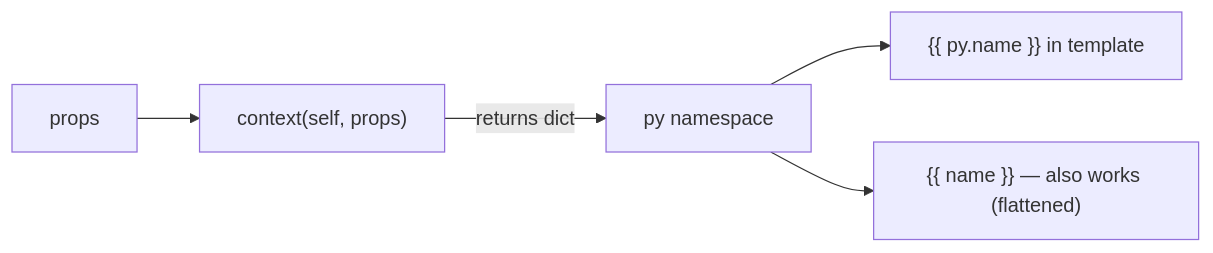
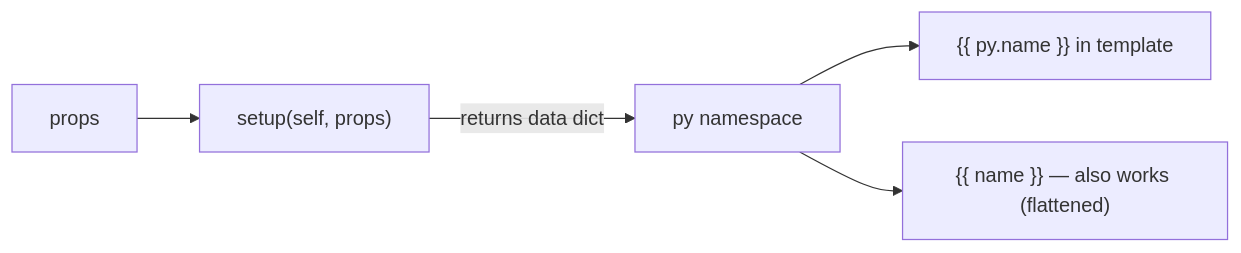
The diagram in docs/docs/guide/computed.md (roderiano/lua-spa), drawn with Mermaid before and after one commit. The commit also changed other lines of this file and 21 other files, not shown here.

Commit message:
docs(hydration) update hydration guide for setup(self, props) model

````diff
--- a/docs/docs/guide/computed.md
+++ b/docs/docs/guide/computed.md
@@ -12,7 +12,7 @@
 ```mermaid
 flowchart LR
-    P["props"] --> C["context(self, props)"]
-    C -->|"returns dict"| PY["py namespace"]
+  P["props"] --> C["setup(self, props)"]
+  C -->|"returns data dict"| PY["py namespace"]
     PY --> T["{{ py.name }} in template"]
     PY --> T2["{{ name }} — also works (flattened)"]
 ```
````
